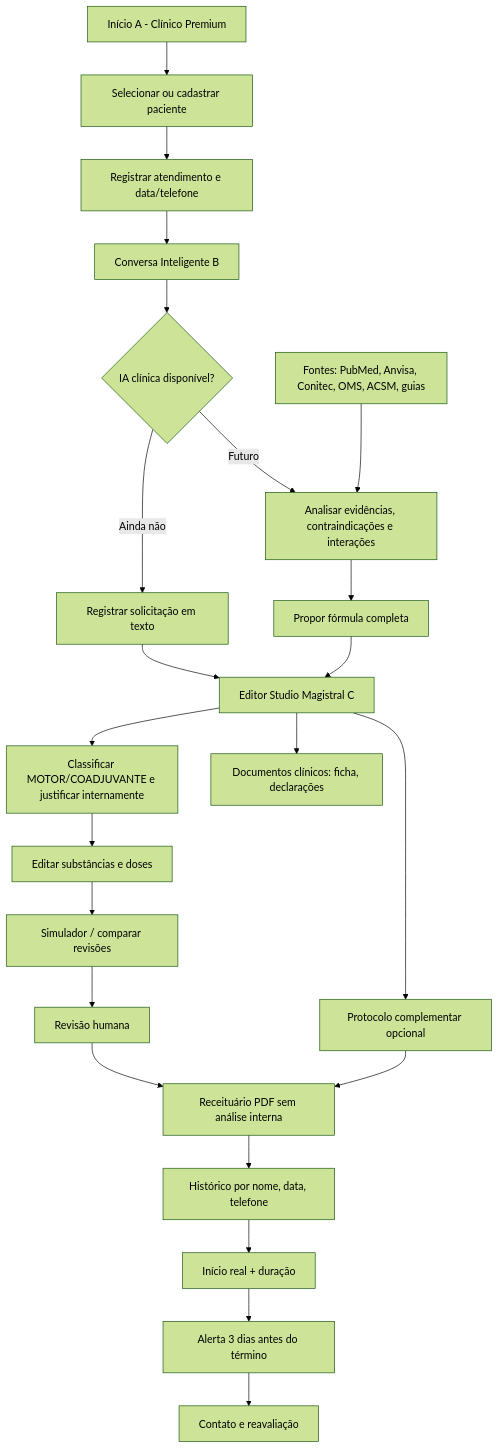
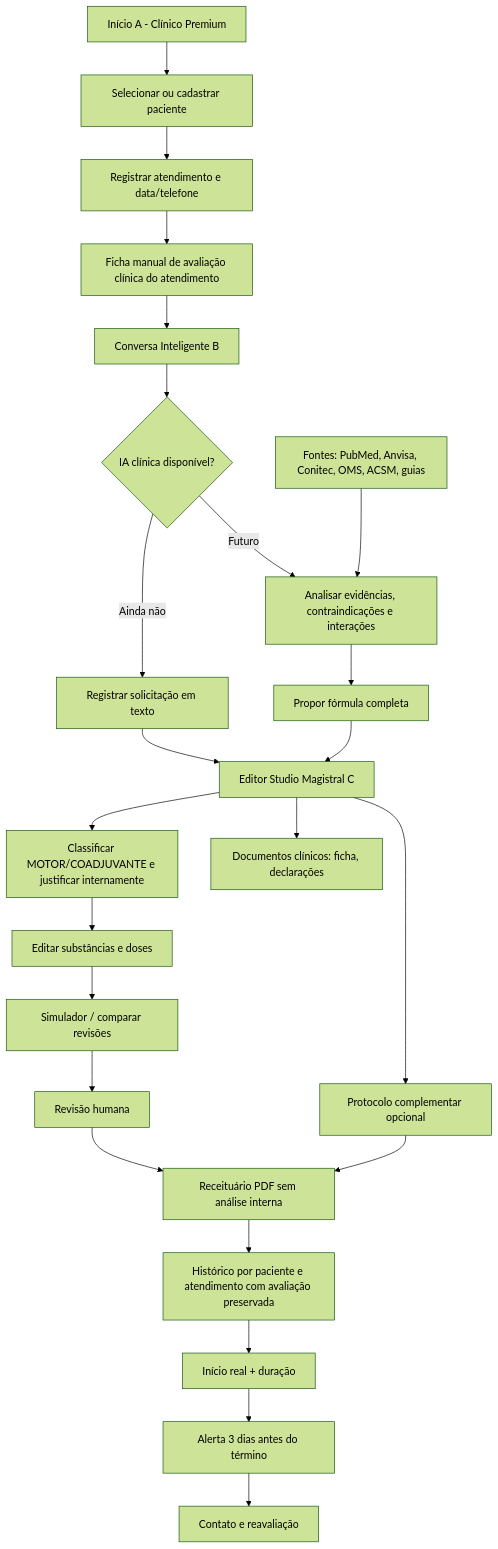
One commit to merciocamposfar07-hub/lifemag-ia changed the diagram in docs/FLUXOGRAMA.md. Above: the diagram before and after it, drawn with Mermaid (forest theme). The commit also changed other lines of this file, not shown here.

Commit message:
docs(flow): incluir ficha clínica por atendimento no fluxograma

````diff
--- a/docs/FLUXOGRAMA.md
+++ b/docs/FLUXOGRAMA.md
@@ -3,25 +3,26 @@
 ```mermaid
 flowchart TD
   A[Início A - Clínico Premium] --> B[Selecionar ou cadastrar paciente]
   B --> C[Registrar atendimento e data/telefone]
-  C --> D[Conversa Inteligente B]
+  C --> C1[Ficha manual de avaliação clínica do atendimento]
+  C1 --> D[Conversa Inteligente B]
   D --> E{IA clínica disponível?}
   E -->|Ainda não| F[Registrar solicitação em texto]
   E -->|Futuro| G[Analisar evidências, contraindicações e interações]
   G --> H[Propor fórmula completa]
   F --> I[Editor Studio Magistral C]
   H --> I
   I --> J[Classificar MOTOR/COADJUVANTE e justificar internamente]
   J --> K[Editar substâncias e doses]
   K --> L[Simulador / comparar revisões]
   L --> M[Revisão humana]
   M --> N[Receituário PDF sem análise interna]
-  N --> O[Histórico por nome, data, telefone]
+  N --> O[Histórico por paciente e atendimento com avaliação preservada]
   O --> P[Início real + duração]
   P --> Q[Alerta 3 dias antes do término]
   Q --> R[Contato e reavaliação]
   I --> S[Protocolo complementar opcional]
   S --> N
   I --> T[Documentos clínicos: ficha, declarações]
   U[Fontes: PubMed, Anvisa, Conitec, OMS, ACSM, guias] --> G
 ```
````
